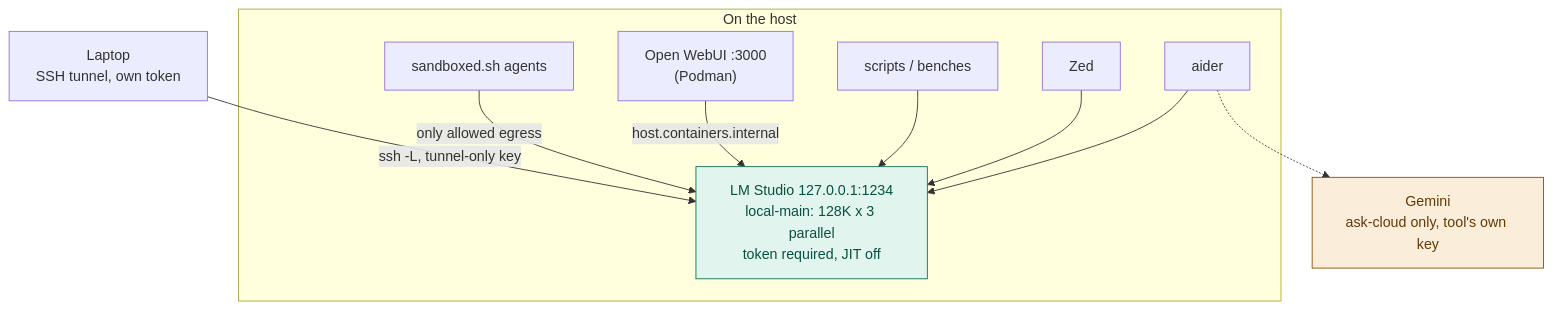
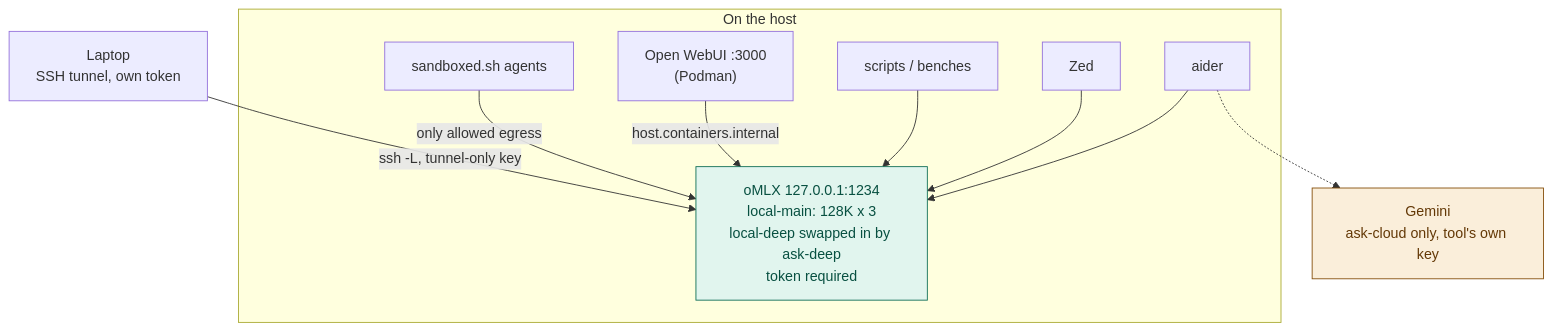
The diagram in docs/ARCHITECTURE.md (ouster/hearth), drawn with Mermaid before and after one commit. The commit also changed other lines of this file and 21 other files, not shown here.

First line of the commit message:
Serve local roles from oMLX at login, and swap local-deep under a 56 GB GPU cap.

````diff
--- a/docs/ARCHITECTURE.md
+++ b/docs/ARCHITECTURE.md
@@ -11,27 +10,27 @@
 ```mermaid
 flowchart TB
     subgraph onHost["On the host"]
         aider["aider"]
         zed["Zed"]
         scripts["scripts / benches"]
         webui["Open WebUI :3000<br/>(Podman)"]
         sbx["sandboxed.sh agents"]
-        lms["LM Studio 127.0.0.1:1234<br/>local-main: 128K x 3 parallel<br/>token required, JIT off"]
+        srv["oMLX 127.0.0.1:1234<br/>local-main: 128K x 3<br/>local-deep swapped in by ask-deep<br/>token required"]
     end
 
     laptop["Laptop<br/>SSH tunnel, own token"]
     cloud["Gemini<br/>ask-cloud only, tool's own key"]
 
-    aider --> lms
-    zed --> lms
-    scripts --> lms
-    webui -->|"host.containers.internal"| lms
-    sbx -->|"only allowed egress"| lms
-    laptop -->|"ssh -L, tunnel-only key"| lms
+    aider --> srv
+    zed --> srv
+    scripts --> srv
+    webui -->|"host.containers.internal"| srv
+    sbx -->|"only allowed egress"| srv
+    laptop -->|"ssh -L, tunnel-only key"| srv
     aider -.-> cloud
 
     classDef localCls fill:#E1F5EE,stroke:#0F6E56,color:#085041
     classDef leaveCls fill:#FAEEDA,stroke:#854F0B,color:#633806
-    class lms localCls
+    class srv localCls
     class cloud leaveCls
 ```
````
